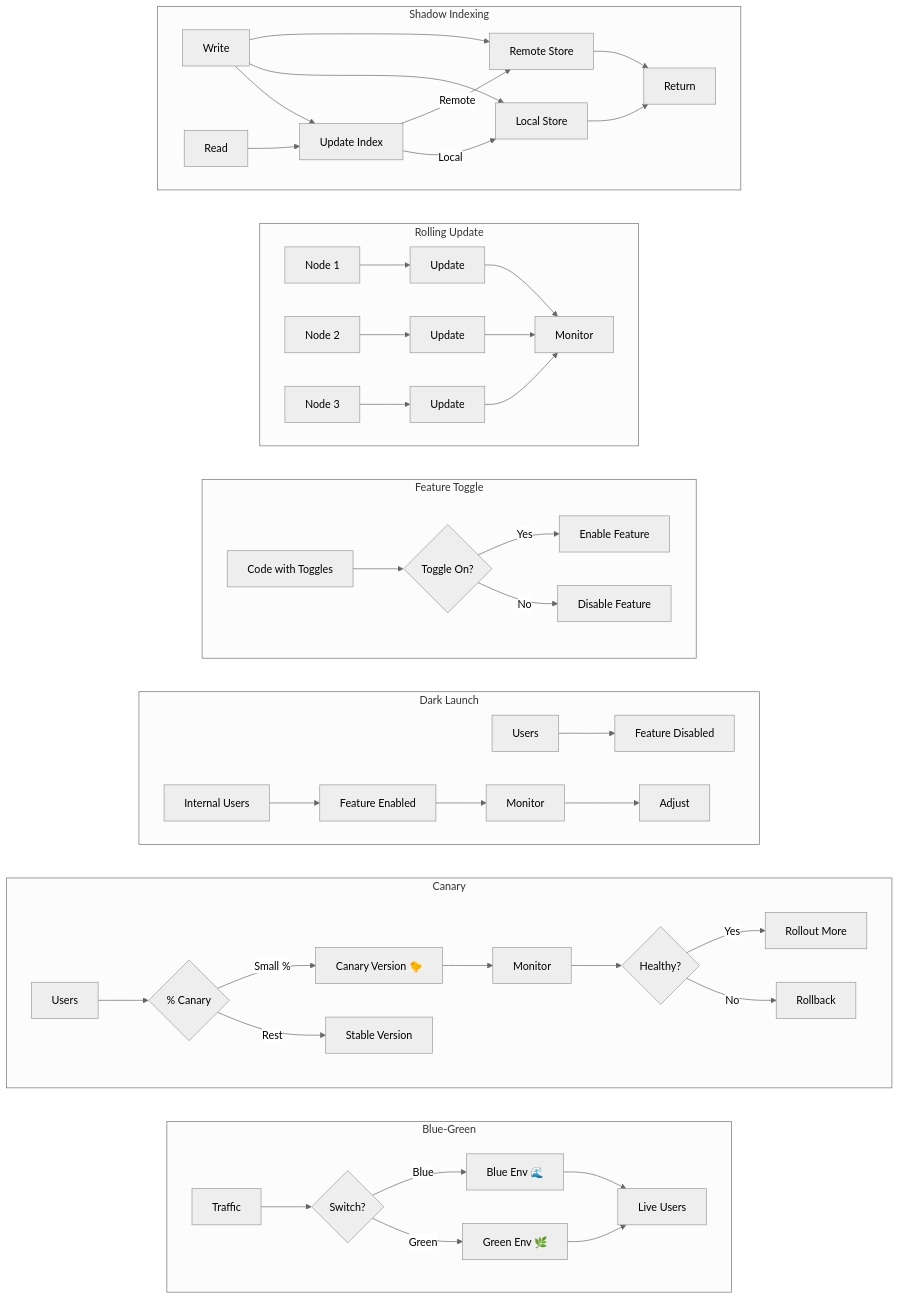
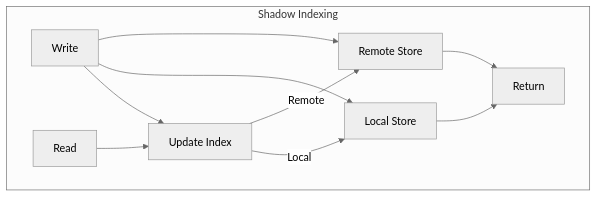
Before and after one commit to ultimate-vw/deployment-lab: the seventh of 7 diagrams in README.md, drawn with Mermaid (neutral theme).

Commit message:
Update: Added mermaid diagrams in the main Read ME

````diff
--- a/README.md
+++ b/README.md
@@ -180,64 +180,13 @@
 ```mermaid
-flowchart LR 
-    
-%% --- Blue-Green ---
-    subgraph BG["Blue-Green"]
-        direction LR
-        TBG["Traffic"] --> LB{"Switch?"}
-        LB -- "Blue" --> BL["Blue Env 🌊"]
-        LB -- "Green" --> GR["Green Env 🌿"]
-        BL --> PROD1["Live Users"]
-        GR --> PROD1
-    end
-
-%% --- Canary ---
-    subgraph CN["Canary"]
-        direction LR
-        U2["Users"] --> CANA{"% Canary"}
-        CANA -- "Small %" --> CV["Canary Version 🐤"]
-        CANA -- "Rest" --> SV["Stable Version"]
-        CV --> MON["Monitor"]
-        MON --> DEC{"Healthy?"}
-        DEC -- "Yes" --> ROLL["Rollout More"]
-        DEC -- "No" --> RB2["Rollback"]
-    end
-
-%% --- Dark Launch ---
-    subgraph DL["Dark Launch"]
-        direction LR
-        U3["Users"] --> FE["Feature Disabled"]
-        INT["Internal Users"] --> FEI["Feature Enabled"]
-        FEI --> MON2["Monitor"]
-        MON2 --> ADJ["Adjust"]
-    end
-
-%% --- Feature Toggle ---
-    subgraph FT["Feature Toggle"]
-        direction LR
-        CODE["Code with Toggles"] --> CFG{"Toggle On?"}
-        CFG -- "Yes" --> ENF["Enable Feature"]
-        CFG -- "No" --> DISF["Disable Feature"]
-    end
-
-%% --- Rolling Update ---
-    subgraph RU["Rolling Update"]
-        direction LR
-        N1["Node 1"] --> UP1["Update"]
-        N2["Node 2"] --> UP2["Update"]
-        N3["Node 3"] --> UP3["Update"]
-        UP1 --> MON3["Monitor"]
-        UP2 --> MON3
-        UP3 --> MON3
-    end
-
+flowchart LR
 %% --- Shadow Indexing ---
     subgraph SI["Shadow Indexing"]
         direction LR
         W["Write"] --> IDX["Update Index"]
         W --> LOC["Local Store"]
         W --> REM["Remote Store"]
         RQ["Read"] --> IDX
         IDX -- "Local" --> LOC --> RESP["Return"]
         IDX -- "Remote" --> REM --> RESP
     end
 ```
````
